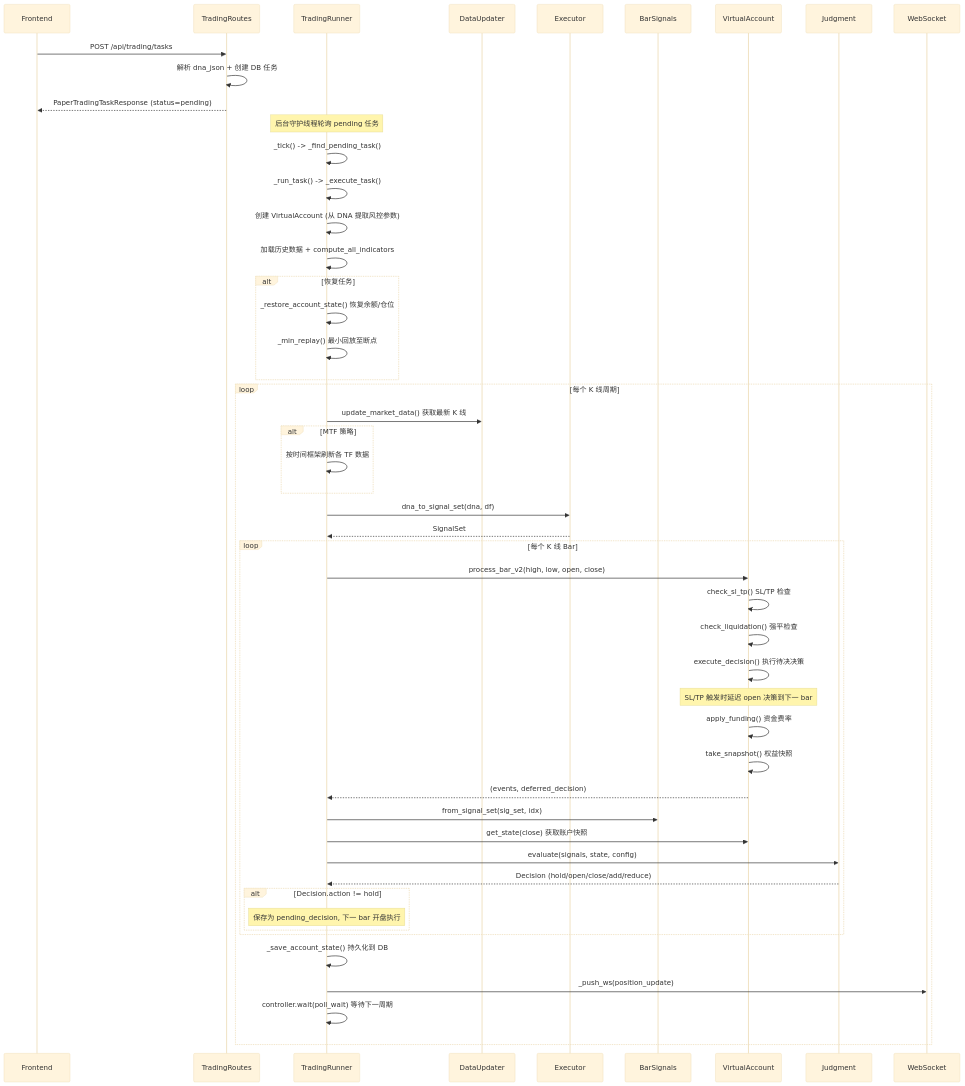
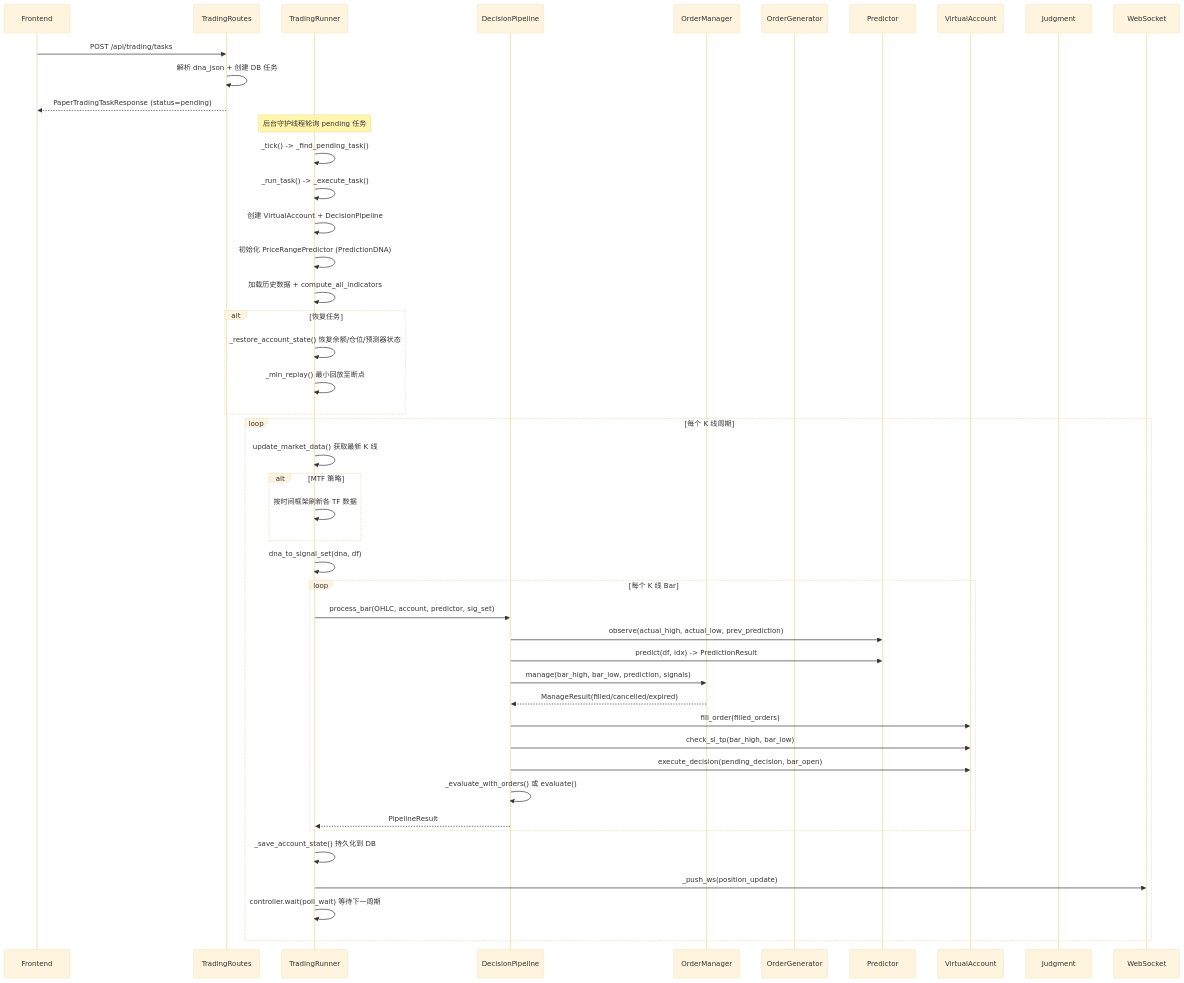
One commit to shishan444/MyQuant- changed the diagram in docs/backend/flows/模拟纸盘交易流程.md. Above: the diagram before and after it, drawn with Mermaid (base theme). The commit also changed other lines of this file and 42 other files, not shown here.

````diff
--- a/docs/backend/flows/模拟纸盘交易流程.md
+++ b/docs/backend/flows/模拟纸盘交易流程.md
@@ -14,65 +14,57 @@
 ```mermaid
 sequenceDiagram
     participant Frontend
     participant TradingRoutes
     participant TradingRunner
-    participant DataUpdater
-    participant Executor
-    participant BarSignals
+    participant DecisionPipeline
+    participant OrderManager
+    participant OrderGenerator
+    participant Predictor
     participant VirtualAccount
     participant Judgment
     participant WebSocket
 
     Frontend->>TradingRoutes: POST /api/trading/tasks
     TradingRoutes->>TradingRoutes: 解析 dna_json + 创建 DB 任务
     TradingRoutes-->>Frontend: PaperTradingTaskResponse (status=pending)
 
     Note over TradingRunner: 后台守护线程轮询 pending 任务
     TradingRunner->>TradingRunner: _tick() -> _find_pending_task()
     TradingRunner->>TradingRunner: _run_task() -> _execute_task()
 
-    TradingRunner->>TradingRunner: 创建 VirtualAccount (从 DNA 提取风控参数)
+    TradingRunner->>TradingRunner: 创建 VirtualAccount + DecisionPipeline
+    TradingRunner->>TradingRunner: 初始化 PriceRangePredictor (PredictionDNA)
     TradingRunner->>TradingRunner: 加载历史数据 + compute_all_indicators
 
     alt 恢复任务
-        TradingRunner->>TradingRunner: _restore_account_state() 恢复余额/仓位
+        TradingRunner->>TradingRunner: _restore_account_state() 恢复余额/仓位/预测器状态
         TradingRunner->>TradingRunner: _min_replay() 最小回放至断点
     end
 
     loop 每个 K 线周期
-        TradingRunner->>DataUpdater: update_market_data() 获取最新 K 线
+        TradingRunner->>TradingRunner: update_market_data() 获取最新 K 线
 
         alt MTF 策略
             TradingRunner->>TradingRunner: 按时间框架刷新各 TF 数据
         end
 
-        TradingRunner->>Executor: dna_to_signal_set(dna, df)
-        Executor-->>TradingRunner: SignalSet
+        TradingRunner->>TradingRunner: dna_to_signal_set(dna, df)
 
         loop 每个 K 线 Bar
-            TradingRunner->>VirtualAccount: process_bar_v2(high, low, open, close)
-            VirtualAccount->>VirtualAccount: check_sl_tp() SL/TP 检查
-            VirtualAccount->>VirtualAccount: check_liquidation() 强平检查
-            VirtualAccount->>VirtualAccount: execute_decision() 执行待决决策
-
-            Note over VirtualAccount: SL/TP 触发时延迟 open 决策到下一 bar
-
-            VirtualAccount->>VirtualAccount: apply_funding() 资金费率
-            VirtualAccount->>VirtualAccount: take_snapshot() 权益快照
-            VirtualAccount-->>TradingRunner: (events, deferred_decision)
-
-            TradingRunner->>BarSignals: from_signal_set(sig_set, idx)
-            TradingRunner->>VirtualAccount: get_state(close) 获取账户快照
-            TradingRunner->>Judgment: evaluate(signals, state, config)
-            Judgment-->>TradingRunner: Decision (hold/open/close/add/reduce)
-
-            alt Decision.action != hold
-                Note over TradingRunner: 保存为 pending_decision, 下一 bar 开盘执行
-            end
+            TradingRunner->>DecisionPipeline: process_bar(OHLC, account, predictor, sig_set)
+            DecisionPipeline->>Predictor: observe(actual_high, actual_low, prev_prediction)
+            DecisionPipeline->>Predictor: predict(df, idx) -> PredictionResult
+            DecisionPipeline->>OrderManager: manage(bar_high, bar_low, prediction, signals)
+            OrderManager-->>DecisionPipeline: ManageResult(filled/cancelled/expired)
+            DecisionPipeline->>VirtualAccount: fill_order(filled_orders)
+            DecisionPipeline->>VirtualAccount: check_sl_tp(bar_high, bar_low)
+            DecisionPipeline->>VirtualAccount: execute_decision(pending_decision, bar_open)
+            DecisionPipeline->>DecisionPipeline: _evaluate_with_orders() 或 evaluate()
+            DecisionPipeline-->>TradingRunner: PipelineResult
         end
 
         TradingRunner->>TradingRunner: _save_account_state() 持久化到 DB
         TradingRunner->>WebSocket: _push_ws(position_update)
         TradingRunner->>TradingRunner: controller.wait(poll_wait) 等待下一周期
     end
 ```
````
